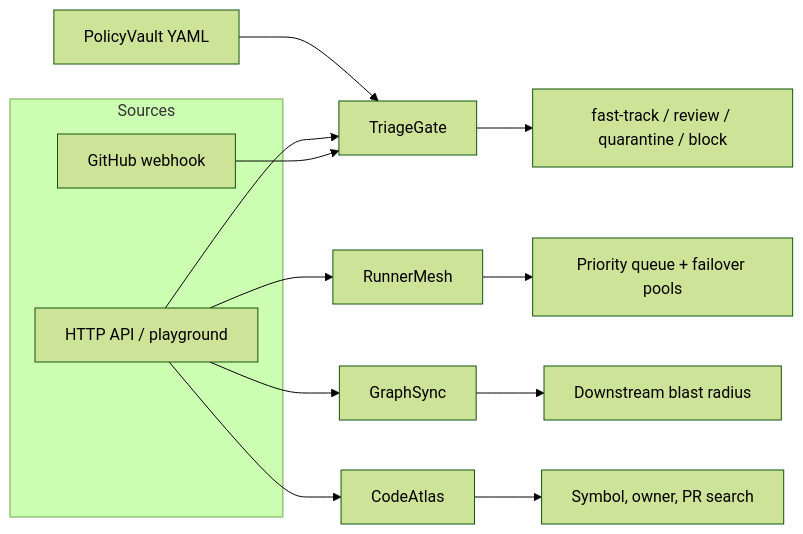
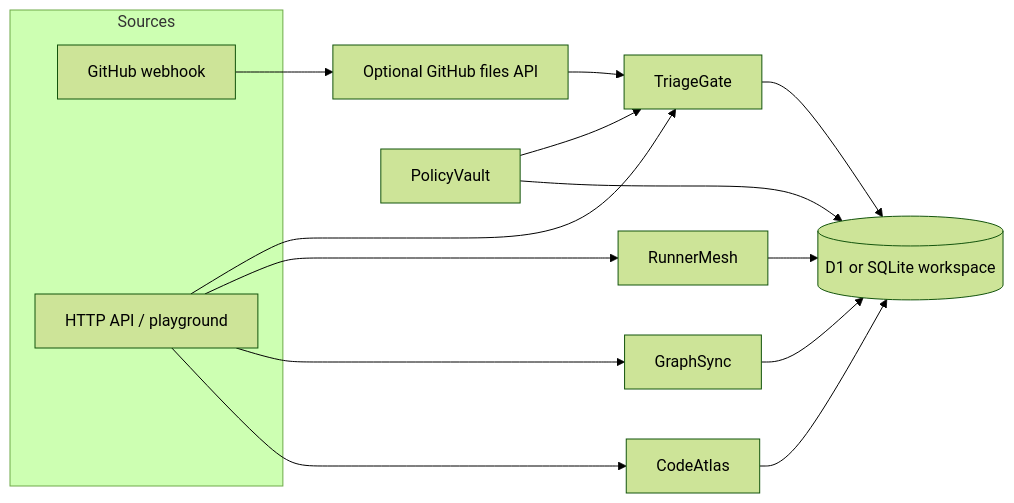
Before and after one commit to kfairy9999/forgepulse: the diagram in README.md, drawn with Mermaid (forest theme). The commit also changed other lines of this file and 38 other files, not shown here.

````diff
--- a/README.md
+++ b/README.md
@@ -25,17 +52,19 @@
 ```mermaid
 flowchart LR
   subgraph sources [Sources]
     WH[GitHub webhook]
     API[HTTP API / playground]
   end
-  WH --> TG[TriageGate]
+  WH --> GH[Optional GitHub files API]
+  GH --> TG[TriageGate]
   API --> TG
   API --> RM[RunnerMesh]
   API --> GS[GraphSync]
   API --> CA[CodeAtlas]
-  PV[PolicyVault YAML] --> TG
-  TG --> D[fast-track / review / quarantine / block]
-  RM --> Q[Priority queue + failover pools]
-  GS --> R[Downstream blast radius]
-  CA --> S[Symbol, owner, PR search]
+  PV[PolicyVault] --> TG
+  TG --> D1[(D1 or SQLite workspace)]
+  RM --> D1
+  GS --> D1
+  CA --> D1
+  PV --> D1
 ```
````
